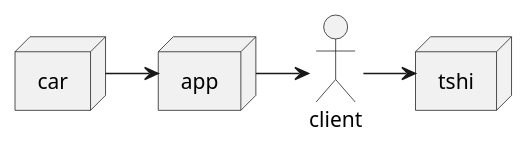
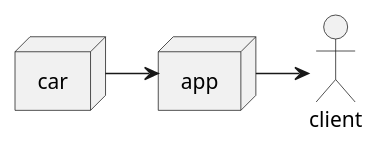
The diagram in test.iuml (Vivekyadavgithub/PlantUML-tut), drawn with PlantUML before and after one commit.

```diff
--- a/test.iuml
+++ b/test.iuml
@@ -1,10 +1,8 @@
 @startuml
 actor client
 node app
 node car
-node tshi
 
 car -> app
 app -> client
-client -> tshi
 @enduml
```
